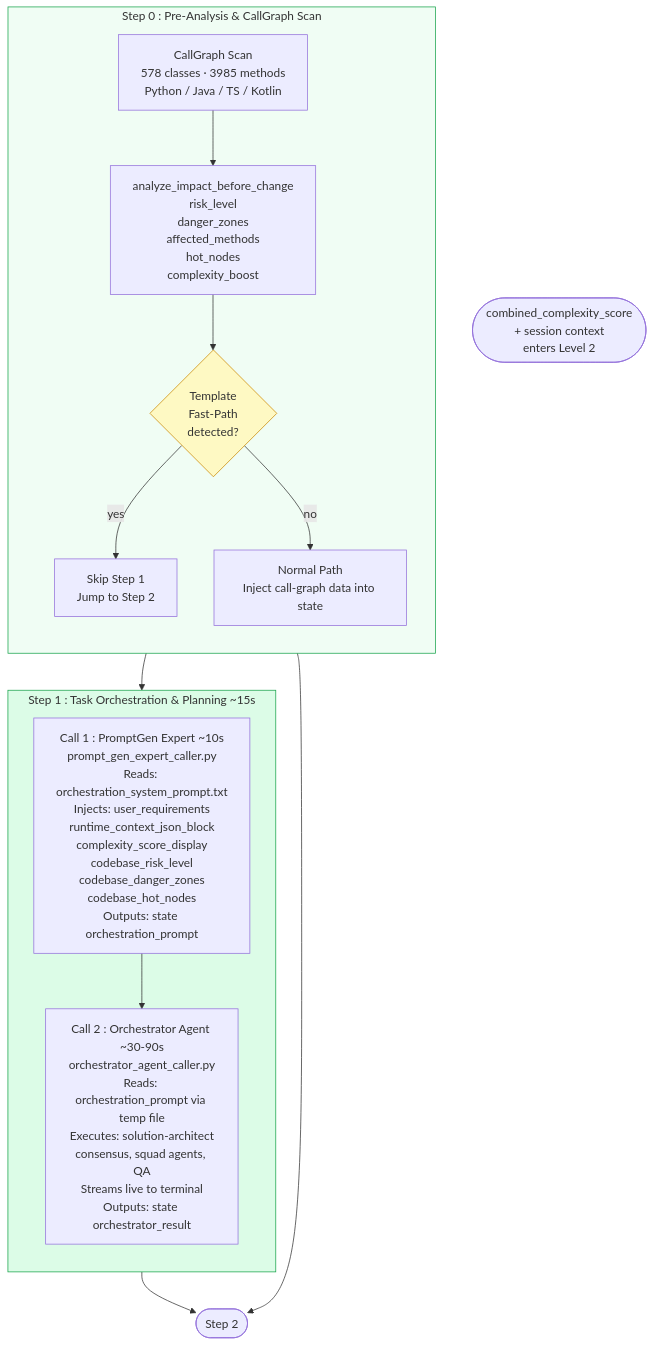
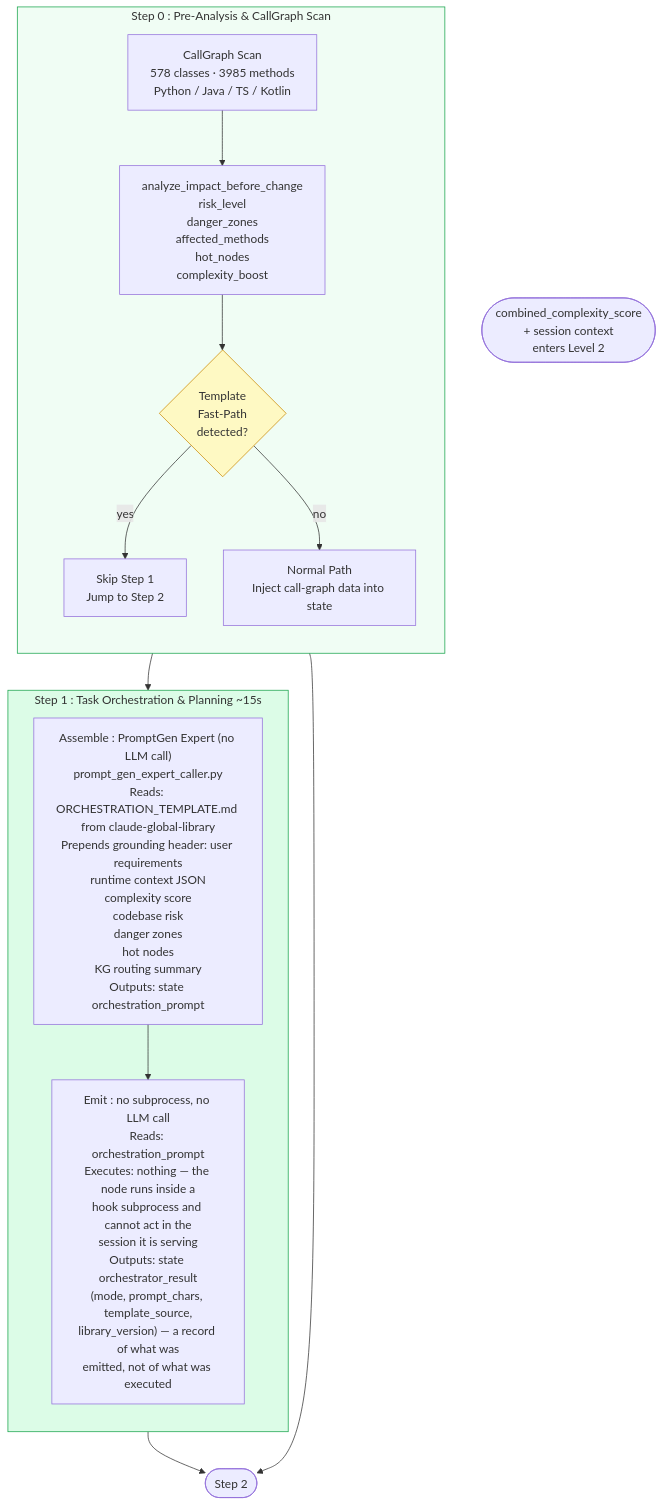
Before and after one commit to piyushmakhija28/claude-insight: the fourth of 10 diagrams in docs/architecture/PIPELINE_ARCHITECTURE.md, drawn with Mermaid. The commit also changed 45 other files, not shown here.

````diff
--- a/docs/architecture/PIPELINE_ARCHITECTURE.md
+++ b/docs/architecture/PIPELINE_ARCHITECTURE.md
@@ -131,31 +131,31 @@
 ```mermaid
 flowchart TD
     IN(["combined_complexity_score\n+ session context\nenters Level 2"])
 
     subgraph P0["Step 0 : Pre-Analysis & CallGraph Scan"]
         direction TB
         CG["CallGraph Scan\n578 classes · 3985 methods\nPython / Java / TS / Kotlin"]
         IA["analyze_impact_before_change\nrisk_level\ndanger_zones\naffected_methods\nhot_nodes\ncomplexity_boost"]
         TFP{Template\nFast-Path\ndetected?}
         FP["Skip Step 1\nJump to Step 2"]
         NP["Normal Path\nInject call-graph data into state"]
         CG --> IA --> TFP
         TFP -- yes --> FP
         TFP -- no  --> NP
     end
 
     subgraph S0["Step 1 : Task Orchestration & Planning  ~15s"]
         direction TB
-        C1["Call 1 : PromptGen Expert ~10s\nprompt_gen_expert_caller.py\nReads: orchestration_system_prompt.txt\nInjects: user_requirements\nruntime_context_json_block\ncomplexity_score_display\ncodebase_risk_level\ncodebase_danger_zones\ncodebase_hot_nodes\nOutputs: state orchestration_prompt"]
-        C2["Call 2 : Orchestrator Agent ~30-90s\norchestrator_agent_caller.py\nReads: orchestration_prompt via temp file\nExecutes: solution-architect\nconsensus, squad agents, QA\nStreams live to terminal\nOutputs: state orchestrator_result"]
+        C1["Assemble : PromptGen Expert (no LLM call)\nprompt_gen_expert_caller.py\nReads: ORCHESTRATION_TEMPLATE.md from claude-global-library\nPrepends grounding header: user requirements\nruntime context JSON\ncomplexity score\ncodebase risk\ndanger zones\nhot nodes\nKG routing summary\nOutputs: state orchestration_prompt"]
+        C2["Emit : no subprocess, no LLM call\nReads: orchestration_prompt\nExecutes: nothing — the node runs inside a\nhook subprocess and cannot act in the\nsession it is serving\nOutputs: state orchestrator_result\n(mode, prompt_chars, template_source,\nlibrary_version) — a record of what was\nemitted, not of what was executed"]
         C1 --> C2
     end
 
     NP  --> S0
     FP  --> STEP2
     S0  --> STEP2(["Step 2"])
 
     style P0  fill:#f0fdf4,stroke:#16a34a
     style S0  fill:#dcfce7,stroke:#16a34a
     style TFP fill:#fef9c3,stroke:#ca8a04
 ```
````
